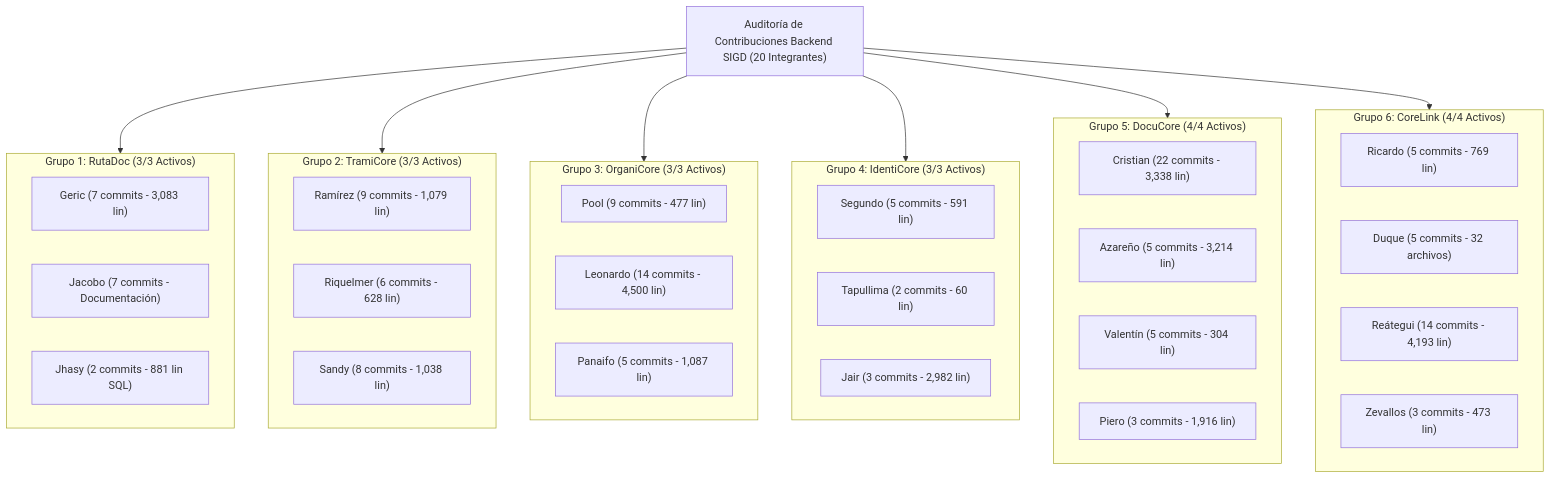
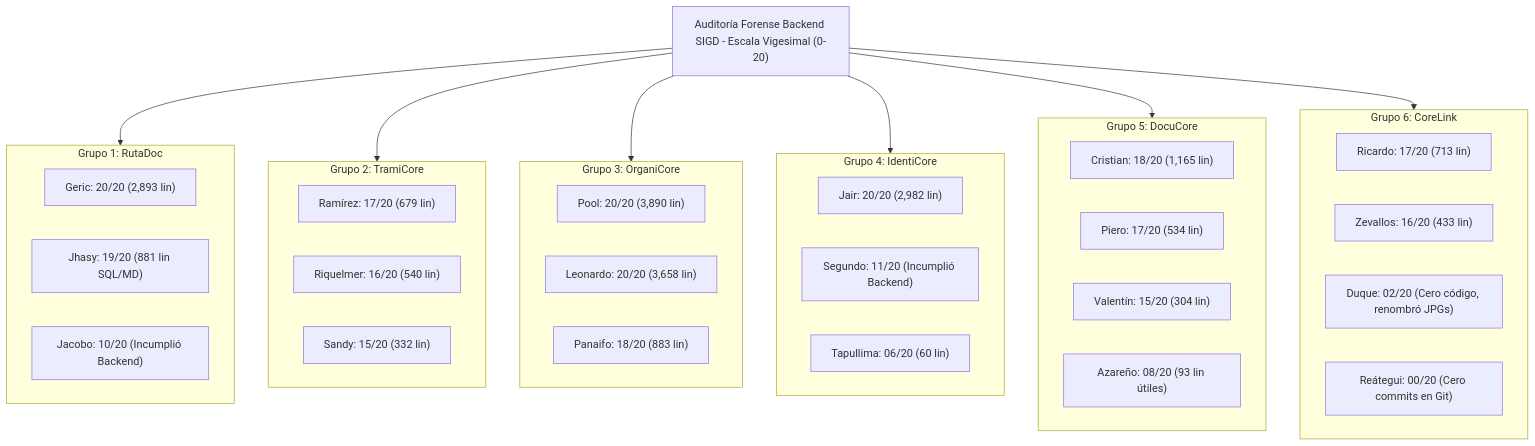
The diagram in backend/docs/INFORME_AUDITORIA_CONTRIBUCIONES_BACKEND.md (rhtf-92/SIGD), drawn with Mermaid before and after one commit. The commit also changed other lines of this file, not shown here.

````diff
--- a/backend/docs/INFORME_AUDITORIA_CONTRIBUCIONES_BACKEND.md
+++ b/backend/docs/INFORME_AUDITORIA_CONTRIBUCIONES_BACKEND.md
@@ -16,49 +20,49 @@
 ```mermaid
 flowchart TB
-    AuditRoot["Auditoría de Contribuciones Backend SIGD (20 Integrantes)"]
+    AuditRoot["Auditoría Forense Backend SIGD - Escala Vigesimal (0-20)"]
 
-    subgraph G1["Grupo 1: RutaDoc (3/3 Activos)"]
-        G1_1["Geric (7 commits - 3,083 lin)"]
-        G1_2["Jacobo (7 commits - Documentación)"]
-        G1_3["Jhasy (2 commits - 881 lin SQL)"]
+    subgraph G1["Grupo 1: RutaDoc"]
+        G1_1["Geric: 20/20 (2,893 lin)"]
+        G1_2["Jhasy: 19/20 (881 lin SQL/MD)"]
+        G1_3["Jacobo: 10/20 (Incumplió Backend)"]
     end
 
-    subgraph G2["Grupo 2: TramiCore (3/3 Activos)"]
-        G2_1["Ramírez (9 commits - 1,079 lin)"]
-        G2_2["Riquelmer (6 commits - 628 lin)"]
-        G2_3["Sandy (8 commits - 1,038 lin)"]
+    subgraph G2["Grupo 2: TramiCore"]
+        G2_1["Ramírez: 17/20 (679 lin)"]
+        G2_2["Riquelmer: 16/20 (540 lin)"]
+        G2_3["Sandy: 15/20 (332 lin)"]
     end
 
-    subgraph G3["Grupo 3: OrganiCore (3/3 Activos)"]
-        G3_1["Pool (9 commits - 477 lin)"]
-        G3_2["Leonardo (14 commits - 4,500 lin)"]
-        G3_3["Panaifo (5 commits - 1,087 lin)"]
+    subgraph G3["Grupo 3: OrganiCore"]
+        G3_1["Pool: 20/20 (3,890 lin)"]
+        G3_2["Leonardo: 20/20 (3,658 lin)"]
+        G3_3["Panaifo: 18/20 (883 lin)"]
     end
 
-    subgraph G4["Grupo 4: IdentiCore (3/3 Activos)"]
-        G4_1["Segundo (5 commits - 591 lin)"]
-        G4_2["Tapullima (2 commits - 60 lin)"]
-        G4_3["Jair (3 commits - 2,982 lin)"]
+    subgraph G4["Grupo 4: IdentiCore"]
+        G4_1["Jair: 20/20 (2,982 lin)"]
+        G4_2["Segundo: 11/20 (Incumplió Backend)"]
+        G4_3["Tapullima: 06/20 (60 lin)"]
     end
 
-    subgraph G5["Grupo 5: DocuCore (4/4 Activos)"]
-        G5_1["Cristian (22 commits - 3,338 lin)"]
-        G5_2["Azareño (5 commits - 3,214 lin)"]
-        G5_3["Valentín (5 commits - 304 lin)"]
-        G5_4["Piero (3 commits - 1,916 lin)"]
+    subgraph G5["Grupo 5: DocuCore"]
+        G5_1["Cristian: 18/20 (1,165 lin)"]
+        G5_2["Piero: 17/20 (534 lin)"]
+        G5_3["Valentín: 15/20 (304 lin)"]
+        G5_4["Azareño: 08/20 (93 lin útiles)"]
     end
 
-    subgraph G6["Grupo 6: CoreLink (4/4 Activos)"]
-        G6_1["Ricardo (5 commits - 769 lin)"]
-        G6_2["Duque (5 commits - 32 archivos)"]
-        G6_3["Reátegui (14 commits - 4,193 lin)"]
-        G6_4["Zevallos (3 commits - 473 lin)"]
+    subgraph G6["Grupo 6: CoreLink"]
+        G6_1["Ricardo: 17/20 (713 lin)"]
+        G6_2["Zevallos: 16/20 (433 lin)"]
+        G6_3["Duque: 02/20 (Cero código, renombró JPGs)"]
+        G6_4["Reátegui: 00/20 (Cero commits en Git)"]
     end
 
     AuditRoot --> G1
     AuditRoot --> G2
     AuditRoot --> G3
     AuditRoot --> G4
     AuditRoot --> G5
     AuditRoot --> G6
 ```
````
